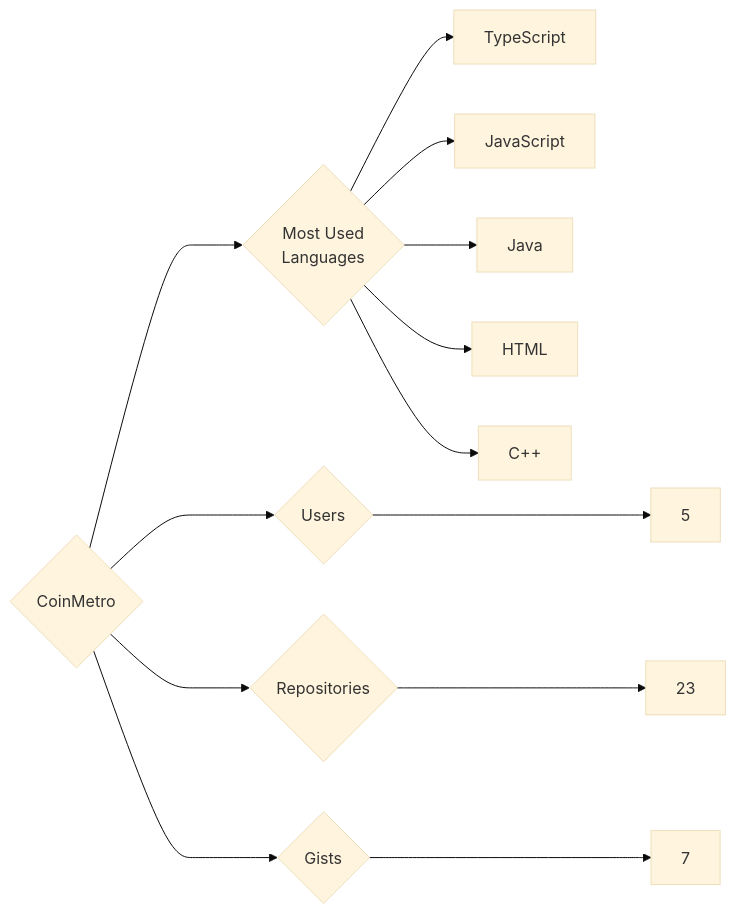
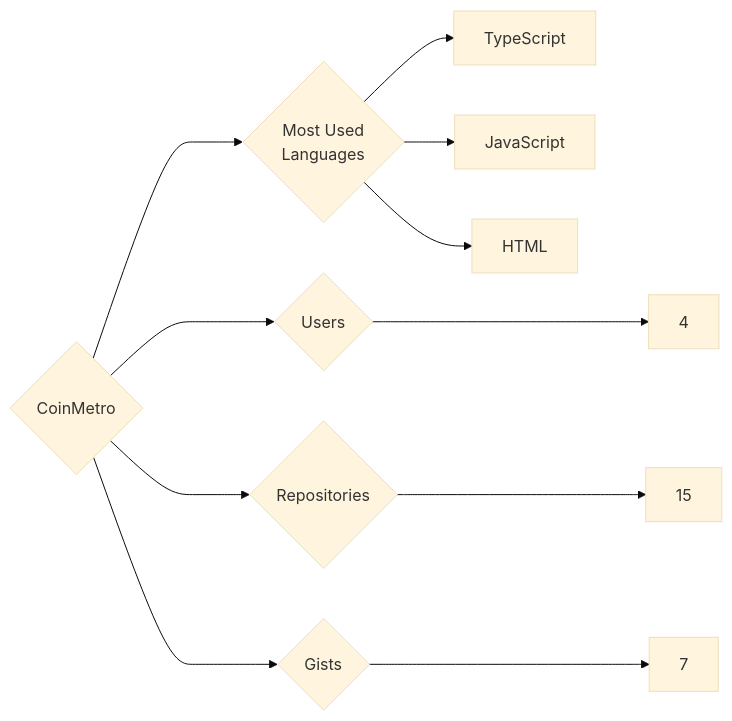
Before and after one commit to trickest/insiders: the diagram in targets/CoinMetro/README.md, drawn with Mermaid (base theme). The commit also changed 993 other files, not shown here.

````diff
--- a/targets/CoinMetro/README.md
+++ b/targets/CoinMetro/README.md
@@ -3,13 +3,11 @@
 ```mermaid
 graph LR
 COMPANY_NAME{CoinMetro}
-COMPANY_NAME ---> U{Users} ---> UN[5]
-COMPANY_NAME ---> R{Repositories} ---> RN[23]
+COMPANY_NAME ---> U{Users} ---> UN[4]
+COMPANY_NAME ---> R{Repositories} ---> RN[15]
 COMPANY_NAME ---> G{Gists} ---> GN[7]
 COMPANY_NAME ---> ML{Most Used<br>Languages}
 ML --> TypeScript[TypeScript]
 ML --> JavaScript[JavaScript]
-ML --> Java[Java]
 ML --> HTML[HTML]
-ML --> C++[C++]
 ```
````
